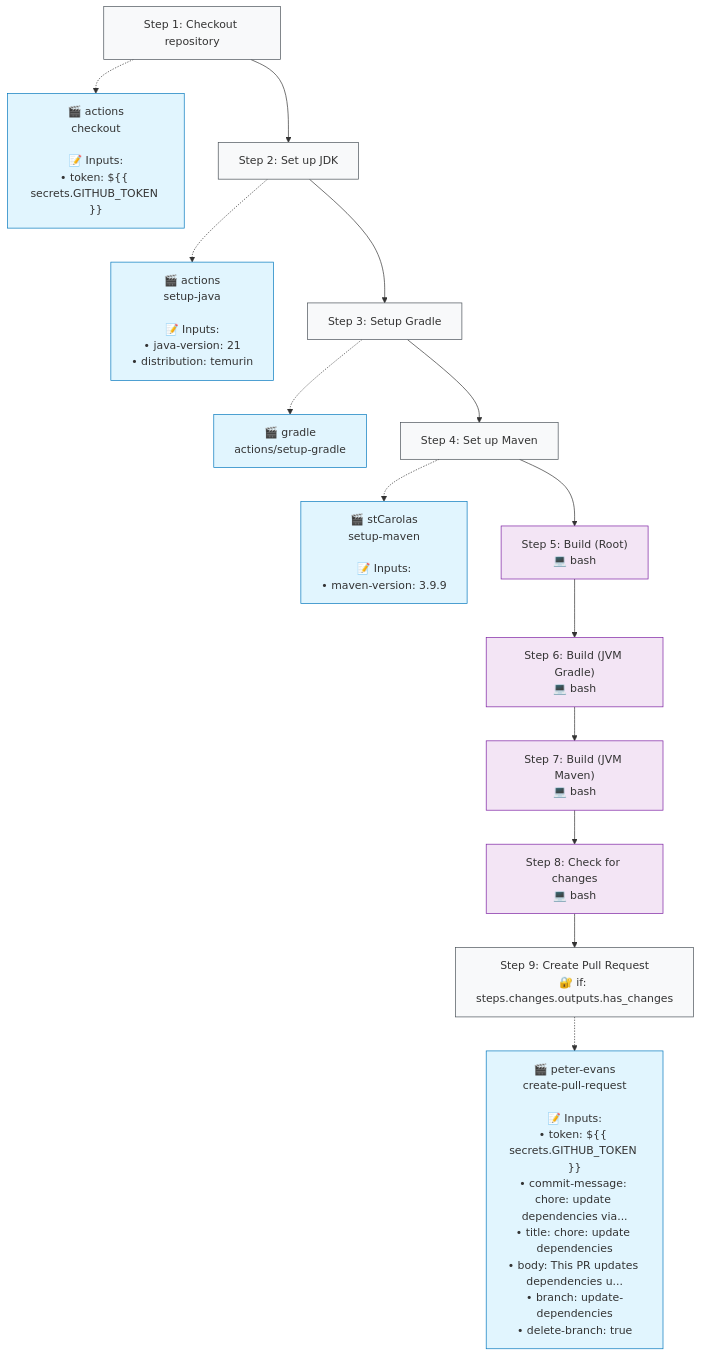
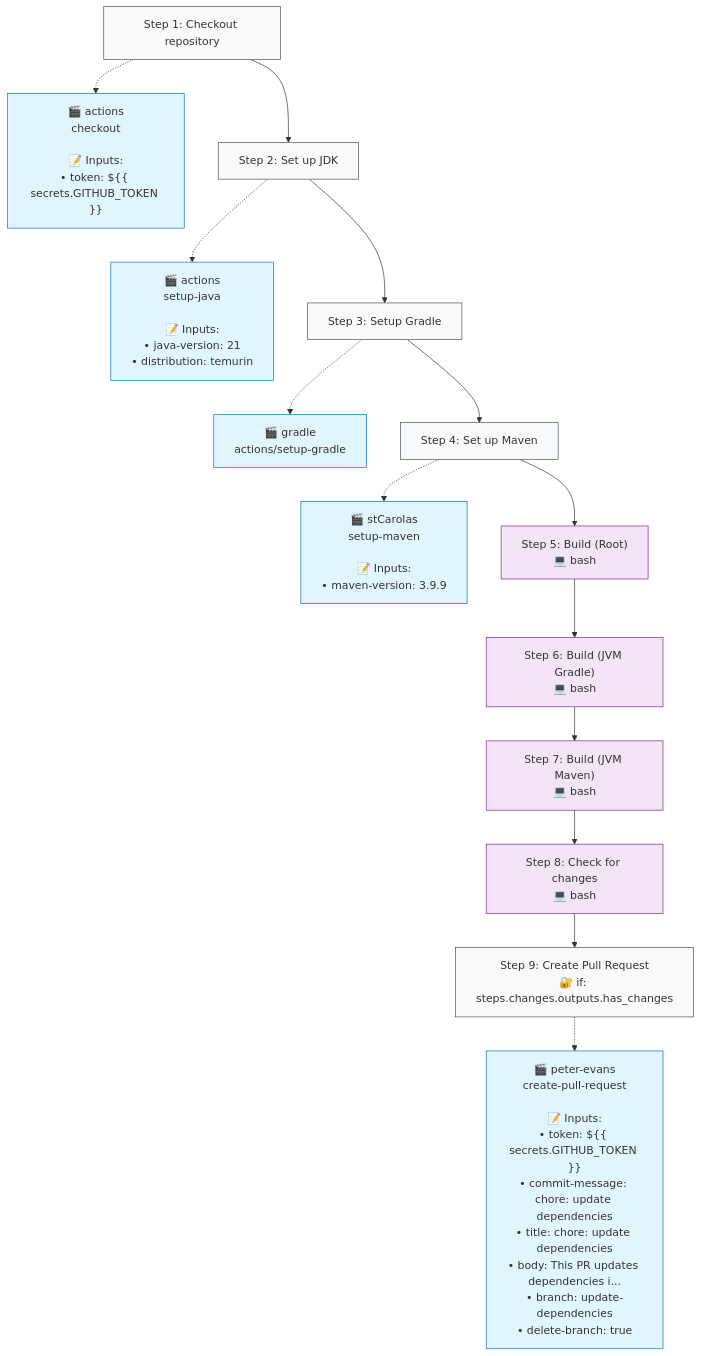
The second of 2 diagrams in .github/typeflows/update-dependencies/README.md (typeflows/typeflows), drawn with Mermaid before and after one commit. The commit also changed 2 other files, not shown here.

Commit message:
Update description of PR

````diff
--- a/.github/typeflows/update-dependencies/README.md
+++ b/.github/typeflows/update-dependencies/README.md
@@ -23,45 +23,45 @@
 ```mermaid
 %%{init: {"flowchart": {"curve": "basis"}}}%%
 flowchart TD
     step1["Step 1: Checkout repository"]
     style step1 fill:#f8f9fa,stroke:#495057
     action1["🎬 actions<br/>checkout<br/><br/>📝 Inputs:<br/>• token: ${{ secrets.GITHUB_TOKEN }}"]
     style action1 fill:#e1f5fe,stroke:#0277bd
     step1 -.-> action1
     step2["Step 2: Set up JDK"]
     style step2 fill:#f8f9fa,stroke:#495057
     action2["🎬 actions<br/>setup-java<br/><br/>📝 Inputs:<br/>• java-version: 21<br/>• distribution: temurin"]
     style action2 fill:#e1f5fe,stroke:#0277bd
     step2 -.-> action2
     step1 --> step2
     step3["Step 3: Setup Gradle"]
     style step3 fill:#f8f9fa,stroke:#495057
     action3["🎬 gradle<br/>actions/setup-gradle"]
     style action3 fill:#e1f5fe,stroke:#0277bd
     step3 -.-> action3
     step2 --> step3
     step4["Step 4: Set up Maven"]
     style step4 fill:#f8f9fa,stroke:#495057
     action4["🎬 stCarolas<br/>setup-maven<br/><br/>📝 Inputs:<br/>• maven-version: 3.9.9"]
     style action4 fill:#e1f5fe,stroke:#0277bd
     step4 -.-> action4
     step3 --> step4
     step5["Step 5: Build (Root)<br/>💻 bash"]
     style step5 fill:#f3e5f5,stroke:#7b1fa2
     step4 --> step5
     step6["Step 6: Build (JVM Gradle)<br/>💻 bash"]
     style step6 fill:#f3e5f5,stroke:#7b1fa2
     step5 --> step6
     step7["Step 7: Build (JVM Maven)<br/>💻 bash"]
     style step7 fill:#f3e5f5,stroke:#7b1fa2
     step6 --> step7
     step8["Step 8: Check for changes<br/>💻 bash"]
     style step8 fill:#f3e5f5,stroke:#7b1fa2
     step7 --> step8
     step9["Step 9: Create Pull Request<br/>🔐 if: steps.changes.outputs.has_changes"]
     style step9 fill:#f8f9fa,stroke:#495057
-    action9["🎬 peter-evans<br/>create-pull-request<br/><br/>📝 Inputs:<br/>• token: ${{ secrets.GITHUB_TOKEN }}<br/>• commit-message: chore: update dependencies via...<br/>• title: chore: update dependencies<br/>• body: This PR updates dependencies u...<br/>• branch: update-dependencies<br/>• delete-branch: true"]
+    action9["🎬 peter-evans<br/>create-pull-request<br/><br/>📝 Inputs:<br/>• token: ${{ secrets.GITHUB_TOKEN }}<br/>• commit-message: chore: update dependencies<br/>• title: chore: update dependencies<br/>• body: This PR updates dependencies i...<br/>• branch: update-dependencies<br/>• delete-branch: true"]
     style action9 fill:#e1f5fe,stroke:#0277bd
     step9 -.-> action9
     step8 --> step9
 ```
````
